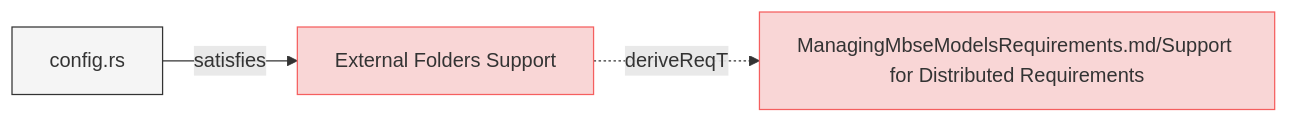
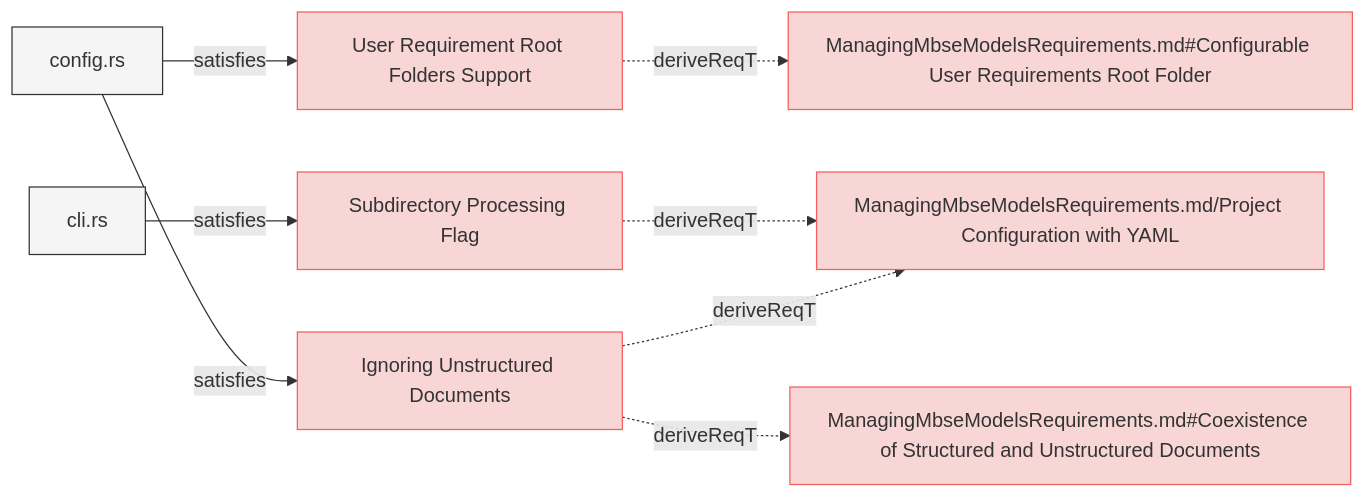
Before and after one commit to reqvire-org/reqvire: the second of 7 diagrams in specifications/SystemRequirements/Requirements.md, drawn with Mermaid. The commit also changed other lines of this file and 72 other files, not shown here.

Commit message:
Major rework of the logic in reqvire. It uses git repository root as root folder and everything else is relative to it. External folders and specifications folder concept has been deprecated.

````diff
--- a/specifications/SystemRequirements/Requirements.md
+++ b/specifications/SystemRequirements/Requirements.md
@@ -185,20 +184,40 @@
 ```mermaid
 graph LR;
   %% Graph styling
   classDef requirement fill:#f9d6d6,stroke:#f55f5f,stroke-width:1px;
   classDef verification fill:#d6f9d6,stroke:#5fd75f,stroke-width:1px;
   classDef externalLink fill:#d0e0ff,stroke:#3080ff,stroke-width:1px;
   classDef default fill:#f5f5f5,stroke:#333333,stroke-width:1px;
 
-  66080aef4185b07d["External Folders Support"];
-  click 66080aef4185b07d "https://github.com/Reqvire/reqvire/blob/ad88ba6b828e94c93382866fefd058c011c1ac60/specifications/SystemRequirements/Requirements.md#external-folders-support";
-  class 66080aef4185b07d requirement;
-  c4d5865187c53ce6["ManagingMbseModelsRequirements.md/Support for Distributed Requirements"];
-  class c4d5865187c53ce6 requirement;
-  click c4d5865187c53ce6 "https://github.com/Reqvire/reqvire/blob/ad88ba6b828e94c93382866fefd058c011c1ac60/specifications/ManagingMbseModelsRequirements.md#support-for-distributed-requirements";
-  66080aef4185b07d -.->|deriveReqT| c4d5865187c53ce6;
+  4c79bf4ceda6e23f["User Requirement Root Folders Support"];
+  click 4c79bf4ceda6e23f "Requirements.md#user-requirement-root-folders-support";
+  class 4c79bf4ceda6e23f requirement;
+  82d6413dc779c791["ManagingMbseModelsRequirements.md#Configurable User Requirements Root Folder"];
+  class 82d6413dc779c791 requirement;
+  click 82d6413dc779c791 "../ManagingMbseModelsRequirements.md#configurable-user-requirements-root-folder";
+  4c79bf4ceda6e23f -.->|deriveReqT| 82d6413dc779c791;
   d89f4b0d2edaac20["config.rs"];
   class d89f4b0d2edaac20 default;
-  click d89f4b0d2edaac20 "https://github.com/Reqvire/reqvire/blob/ad88ba6b828e94c93382866fefd058c011c1ac60/cli/src/config.rs";
-  d89f4b0d2edaac20 -->|satisfies| 66080aef4185b07d;
+  click d89f4b0d2edaac20 "../../cli/src/config.rs";
+  d89f4b0d2edaac20 -->|satisfies| 4c79bf4ceda6e23f;
+  6ccd085f7c76afca["Subdirectory Processing Flag"];
+  click 6ccd085f7c76afca "Requirements.md#subdirectory-processing-flag";
+  class 6ccd085f7c76afca requirement;
+  b3ef0fb91572bcf0["ManagingMbseModelsRequirements.md/Project Configuration with YAML"];
+  class b3ef0fb91572bcf0 requirement;
+  click b3ef0fb91572bcf0 "../ManagingMbseModelsRequirements.md#project-configuration-with-yaml";
+  6ccd085f7c76afca -.->|deriveReqT| b3ef0fb91572bcf0;
+  2f21d2133dbfd205["cli.rs"];
+  class 2f21d2133dbfd205 default;
+  click 2f21d2133dbfd205 "../../cli/src/cli.rs";
+  2f21d2133dbfd205 -->|satisfies| 6ccd085f7c76afca;
+  be5c69c33c5a4cf6["Ignoring Unstructured Documents"];
+  click be5c69c33c5a4cf6 "Requirements.md#ignoring-unstructured-documents";
+  class be5c69c33c5a4cf6 requirement;
+  be5c69c33c5a4cf6 -.->|deriveReqT| b3ef0fb91572bcf0;
+  da5831ca85881025["ManagingMbseModelsRequirements.md#Coexistence of Structured and Unstructured Documents"];
+  class da5831ca85881025 requirement;
+  click da5831ca85881025 "../ManagingMbseModelsRequirements.md#coexistence-of-structured-and-unstructured-documents";
+  be5c69c33c5a4cf6 -.->|deriveReqT| da5831ca85881025;
+  d89f4b0d2edaac20 -->|satisfies| be5c69c33c5a4cf6;
 ```
````
